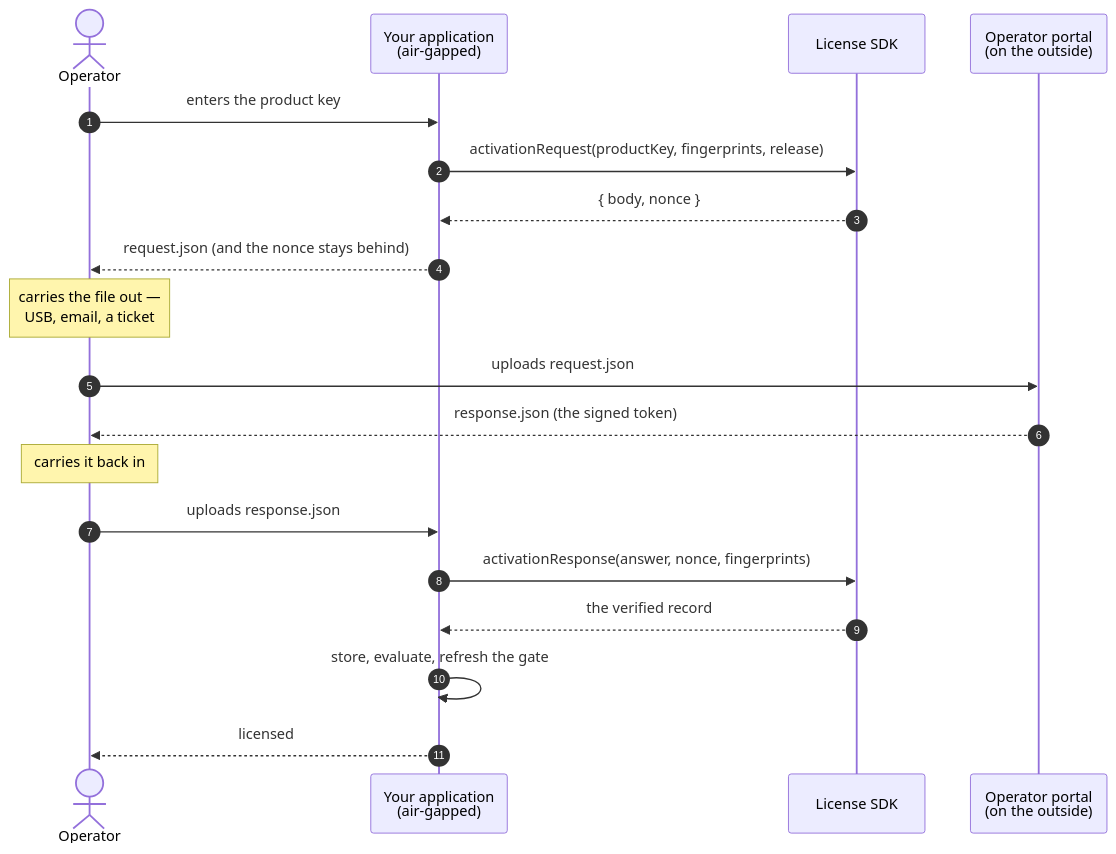
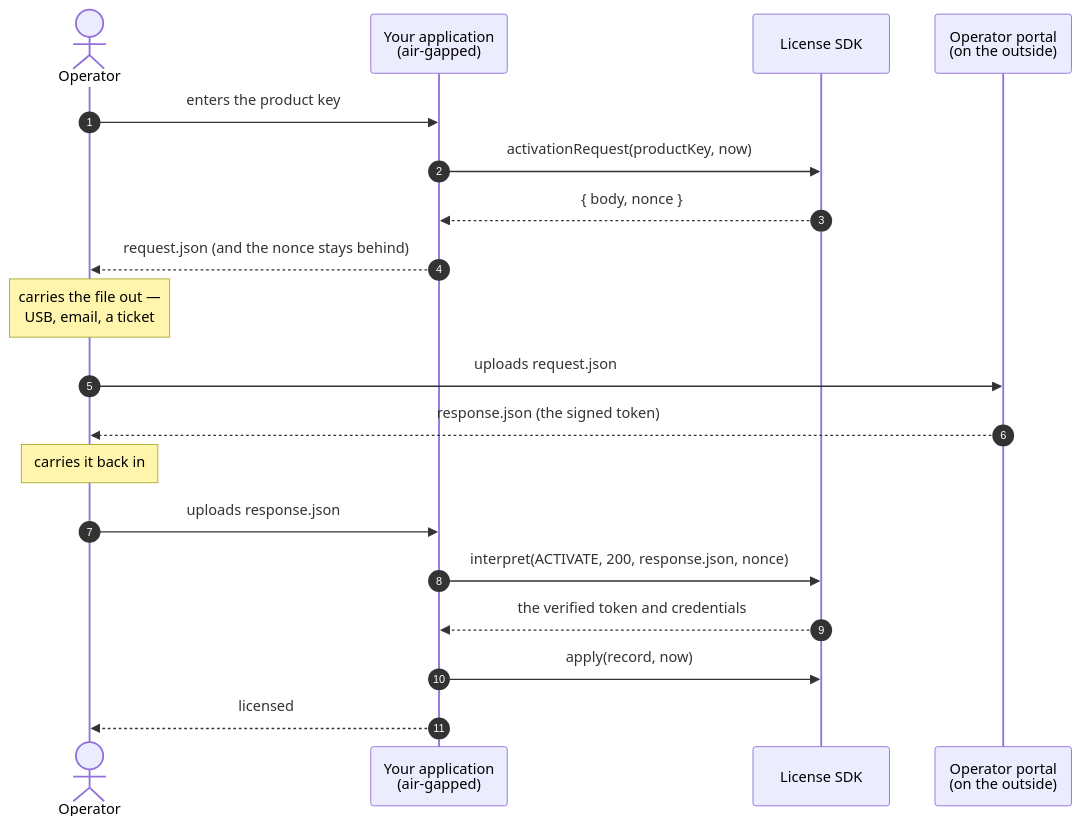
Before and after one commit to accesscore-dev/accesscore-license-sdk-dist: the second of 7 diagrams in docs/manual/en/concepts.md, drawn with Mermaid. The commit also changed other lines of this file and 28 other files, not shown here.

````diff
--- a/docs/manual/en/concepts.md
+++ b/docs/manual/en/concepts.md
@@ -118,24 +128,24 @@
 ```mermaid
 sequenceDiagram
     autonumber
     actor Op as Operator
     participant App as Your application<br/>(air-gapped)
     participant SDK as License SDK
     participant Portal as Operator portal<br/>(on the outside)
 
     Op->>App: enters the product key
-    App->>SDK: activationRequest(productKey, fingerprints, release)
+    App->>SDK: activationRequest(productKey, now)
     SDK-->>App: { body, nonce }
     App-->>Op: request.json  (and the nonce stays behind)
     Note over Op: carries the file out —<br/>USB, email, a ticket
 
     Op->>Portal: uploads request.json
     Portal-->>Op: response.json  (the signed token)
     Note over Op: carries it back in
 
     Op->>App: uploads response.json
-    App->>SDK: activationResponse(answer, nonce, fingerprints)
-    SDK-->>App: the verified record
-    App->>App: store, evaluate, refresh the gate
+    App->>SDK: interpret(ACTIVATE, 200, response.json, nonce)
+    SDK-->>App: the verified token and credentials
+    App->>SDK: apply(record, now)
     App-->>Op: licensed
 ```
````
